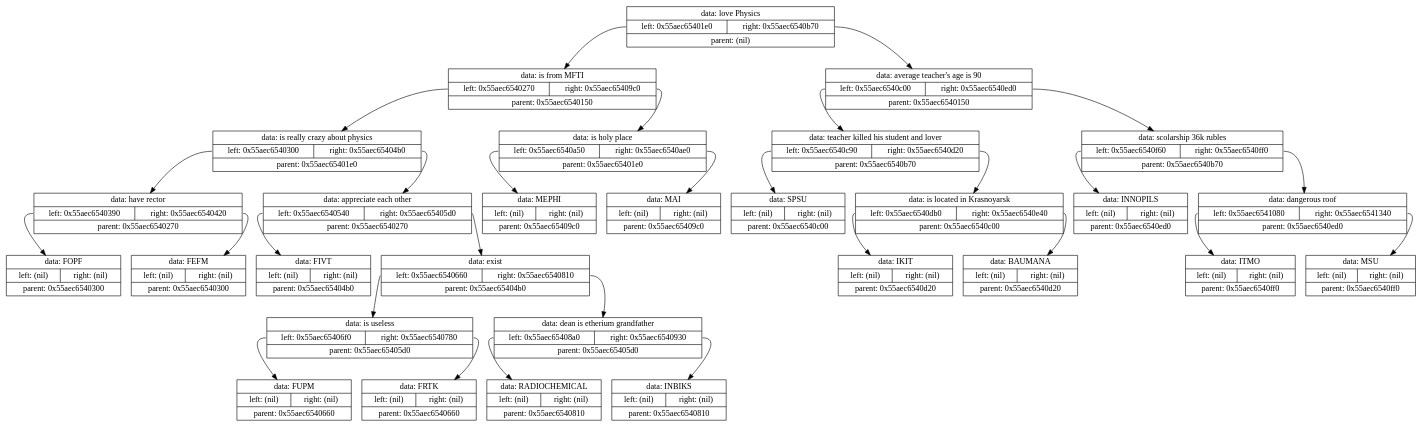
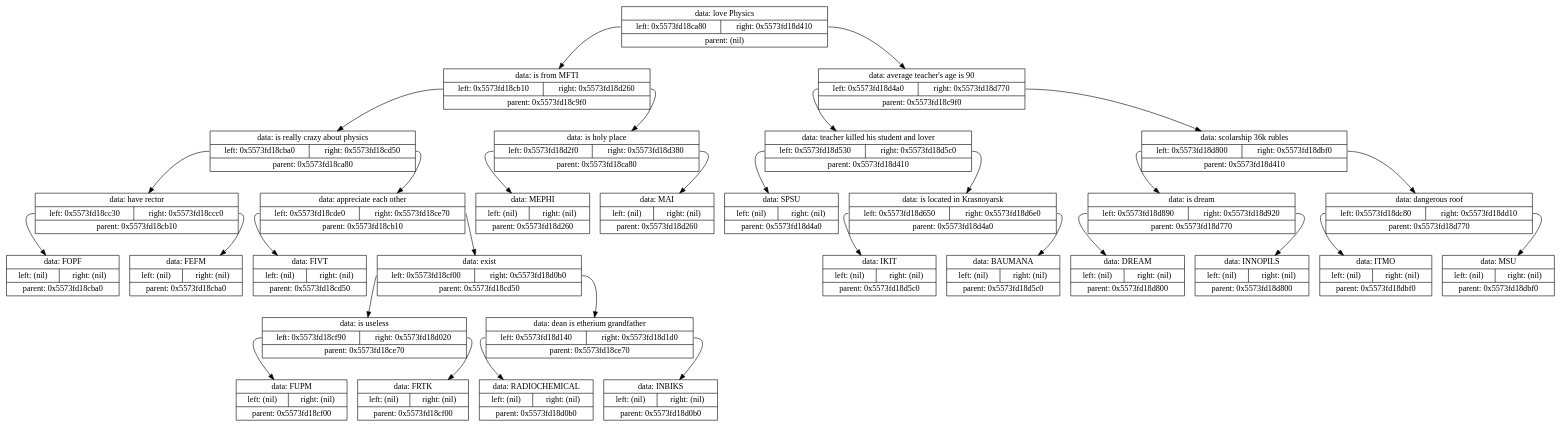
Before and after one commit to Shishqa/MIPT_1sem_C_lang: the diagram in Projects/7.Akinator/tmp/tempautogeneratedlog.gv, drawn with Graphviz. The commit also changed 13 other files, not shown here.

```diff
--- a/Projects/7.Akinator/tmp/tempautogeneratedlog.gv
+++ b/Projects/7.Akinator/tmp/tempautogeneratedlog.gv
@@ -1,61 +1,65 @@
 digraph dump
 {
-	node0x55aec6540150 [shape = "record", label = "{<f1>data: love Physics|{<f2>left: 0x55aec65401e0|<f3>right: 0x55aec6540b70}|<f4>parent: (nil)}"];
-	node0x55aec65401e0 [shape = "record", label = "{<f1>data: is from MFTI|{<f2>left: 0x55aec6540270|<f3>right: 0x55aec65409c0}|<f4>parent: 0x55aec6540150}"];
-	node0x55aec6540270 [shape = "record", label = "{<f1>data: is really crazy about physics|{<f2>left: 0x55aec6540300|<f3>right: 0x55aec65404b0}|<f4>parent: 0x55aec65401e0}"];
-	node0x55aec6540300 [shape = "record", label = "{<f1>data: have rector|{<f2>left: 0x55aec6540390|<f3>right: 0x55aec6540420}|<f4>parent: 0x55aec6540270}"];
-	node0x55aec6540390 [shape = "record", label = "{<f1>data: FOPF|{<f2>left: (nil)|<f3>right: (nil)}|<f4>parent: 0x55aec6540300}"];
-	node0x55aec6540300:f2 -> node0x55aec6540390
-	node0x55aec6540420 [shape = "record", label = "{<f1>data: FEFM|{<f2>left: (nil)|<f3>right: (nil)}|<f4>parent: 0x55aec6540300}"];
-	node0x55aec6540300:f3 -> node0x55aec6540420
-	node0x55aec6540270:f2 -> node0x55aec6540300
-	node0x55aec65404b0 [shape = "record", label = "{<f1>data: appreciate each other|{<f2>left: 0x55aec6540540|<f3>right: 0x55aec65405d0}|<f4>parent: 0x55aec6540270}"];
-	node0x55aec6540540 [shape = "record", label = "{<f1>data: FIVT|{<f2>left: (nil)|<f3>right: (nil)}|<f4>parent: 0x55aec65404b0}"];
-	node0x55aec65404b0:f2 -> node0x55aec6540540
-	node0x55aec65405d0 [shape = "record", label = "{<f1>data: exist|{<f2>left: 0x55aec6540660|<f3>right: 0x55aec6540810}|<f4>parent: 0x55aec65404b0}"];
-	node0x55aec6540660 [shape = "record", label = "{<f1>data: is useless|{<f2>left: 0x55aec65406f0|<f3>right: 0x55aec6540780}|<f4>parent: 0x55aec65405d0}"];
-	node0x55aec65406f0 [shape = "record", label = "{<f1>data: FUPM|{<f2>left: (nil)|<f3>right: (nil)}|<f4>parent: 0x55aec6540660}"];
-	node0x55aec6540660:f2 -> node0x55aec65406f0
-	node0x55aec6540780 [shape = "record", label = "{<f1>data: FRTK|{<f2>left: (nil)|<f3>right: (nil)}|<f4>parent: 0x55aec6540660}"];
-	node0x55aec6540660:f3 -> node0x55aec6540780
-	node0x55aec65405d0:f2 -> node0x55aec6540660
-	node0x55aec6540810 [shape = "record", label = "{<f1>data: dean is etherium grandfather|{<f2>left: 0x55aec65408a0|<f3>right: 0x55aec6540930}|<f4>parent: 0x55aec65405d0}"];
-	node0x55aec65408a0 [shape = "record", label = "{<f1>data: RADIOCHEMICAL|{<f2>left: (nil)|<f3>right: (nil)}|<f4>parent: 0x55aec6540810}"];
-	node0x55aec6540810:f2 -> node0x55aec65408a0
-	node0x55aec6540930 [shape = "record", label = "{<f1>data: INBIKS|{<f2>left: (nil)|<f3>right: (nil)}|<f4>parent: 0x55aec6540810}"];
-	node0x55aec6540810:f3 -> node0x55aec6540930
-	node0x55aec65405d0:f3 -> node0x55aec6540810
-	node0x55aec65404b0:f3 -> node0x55aec65405d0
-	node0x55aec6540270:f3 -> node0x55aec65404b0
-	node0x55aec65401e0:f2 -> node0x55aec6540270
-	node0x55aec65409c0 [shape = "record", label = "{<f1>data: is holy place|{<f2>left: 0x55aec6540a50|<f3>right: 0x55aec6540ae0}|<f4>parent: 0x55aec65401e0}"];
-	node0x55aec6540a50 [shape = "record", label = "{<f1>data: MEPHI|{<f2>left: (nil)|<f3>right: (nil)}|<f4>parent: 0x55aec65409c0}"];
-	node0x55aec65409c0:f2 -> node0x55aec6540a50
-	node0x55aec6540ae0 [shape = "record", label = "{<f1>data: MAI|{<f2>left: (nil)|<f3>right: (nil)}|<f4>parent: 0x55aec65409c0}"];
-	node0x55aec65409c0:f3 -> node0x55aec6540ae0
-	node0x55aec65401e0:f3 -> node0x55aec65409c0
-	node0x55aec6540150:f2 -> node0x55aec65401e0
-	node0x55aec6540b70 [shape = "record", label = "{<f1>data: average teacher's age is 90|{<f2>left: 0x55aec6540c00|<f3>right: 0x55aec6540ed0}|<f4>parent: 0x55aec6540150}"];
-	node0x55aec6540c00 [shape = "record", label = "{<f1>data: teacher killed his student and lover|{<f2>left: 0x55aec6540c90|<f3>right: 0x55aec6540d20}|<f4>parent: 0x55aec6540b70}"];
-	node0x55aec6540c90 [shape = "record", label = "{<f1>data: SPSU|{<f2>left: (nil)|<f3>right: (nil)}|<f4>parent: 0x55aec6540c00}"];
-	node0x55aec6540c00:f2 -> node0x55aec6540c90
-	node0x55aec6540d20 [shape = "record", label = "{<f1>data: is located in Krasnoyarsk|{<f2>left: 0x55aec6540db0|<f3>right: 0x55aec6540e40}|<f4>parent: 0x55aec6540c00}"];
-	node0x55aec6540db0 [shape = "record", label = "{<f1>data: IKIT|{<f2>left: (nil)|<f3>right: (nil)}|<f4>parent: 0x55aec6540d20}"];
-	node0x55aec6540d20:f2 -> node0x55aec6540db0
-	node0x55aec6540e40 [shape = "record", label = "{<f1>data: BAUMANA|{<f2>left: (nil)|<f3>right: (nil)}|<f4>parent: 0x55aec6540d20}"];
-	node0x55aec6540d20:f3 -> node0x55aec6540e40
-	node0x55aec6540c00:f3 -> node0x55aec6540d20
-	node0x55aec6540b70:f2 -> node0x55aec6540c00
-	node0x55aec6540ed0 [shape = "record", label = "{<f1>data: scolarship 36k rubles|{<f2>left: 0x55aec6540f60|<f3>right: 0x55aec6540ff0}|<f4>parent: 0x55aec6540b70}"];
-	node0x55aec6540f60 [shape = "record", label = "{<f1>data: INNOPILS|{<f2>left: (nil)|<f3>right: (nil)}|<f4>parent: 0x55aec6540ed0}"];
-	node0x55aec6540ed0:f2 -> node0x55aec6540f60
-	node0x55aec6540ff0 [shape = "record", label = "{<f1>data: dangerous roof|{<f2>left: 0x55aec6541080|<f3>right: 0x55aec6541340}|<f4>parent: 0x55aec6540ed0}"];
-	node0x55aec6541080 [shape = "record", label = "{<f1>data: ITMO|{<f2>left: (nil)|<f3>right: (nil)}|<f4>parent: 0x55aec6540ff0}"];
-	node0x55aec6540ff0:f2 -> node0x55aec6541080
-	node0x55aec6541340 [shape = "record", label = "{<f1>data: MSU|{<f2>left: (nil)|<f3>right: (nil)}|<f4>parent: 0x55aec6540ff0}"];
-	node0x55aec6540ff0:f3 -> node0x55aec6541340
-	node0x55aec6540ed0:f3 -> node0x55aec6540ff0
-	node0x55aec6540b70:f3 -> node0x55aec6540ed0
-	node0x55aec6540150:f3 -> node0x55aec6540b70
+	node0x5573fd18c9f0 [shape = "record", label = "{<f1>data: love Physics|{<f2>left: 0x5573fd18ca80|<f3>right: 0x5573fd18d410}|<f4>parent: (nil)}"];
+	node0x5573fd18ca80 [shape = "record", label = "{<f1>data: is from MFTI|{<f2>left: 0x5573fd18cb10|<f3>right: 0x5573fd18d260}|<f4>parent: 0x5573fd18c9f0}"];
+	node0x5573fd18cb10 [shape = "record", label = "{<f1>data: is really crazy about physics|{<f2>left: 0x5573fd18cba0|<f3>right: 0x5573fd18cd50}|<f4>parent: 0x5573fd18ca80}"];
+	node0x5573fd18cba0 [shape = "record", label = "{<f1>data: have rector|{<f2>left: 0x5573fd18cc30|<f3>right: 0x5573fd18ccc0}|<f4>parent: 0x5573fd18cb10}"];
+	node0x5573fd18cc30 [shape = "record", label = "{<f1>data: FOPF|{<f2>left: (nil)|<f3>right: (nil)}|<f4>parent: 0x5573fd18cba0}"];
+	node0x5573fd18cba0:f2 -> node0x5573fd18cc30
+	node0x5573fd18ccc0 [shape = "record", label = "{<f1>data: FEFM|{<f2>left: (nil)|<f3>right: (nil)}|<f4>parent: 0x5573fd18cba0}"];
+	node0x5573fd18cba0:f3 -> node0x5573fd18ccc0
+	node0x5573fd18cb10:f2 -> node0x5573fd18cba0
+	node0x5573fd18cd50 [shape = "record", label = "{<f1>data: appreciate each other|{<f2>left: 0x5573fd18cde0|<f3>right: 0x5573fd18ce70}|<f4>parent: 0x5573fd18cb10}"];
+	node0x5573fd18cde0 [shape = "record", label = "{<f1>data: FIVT|{<f2>left: (nil)|<f3>right: (nil)}|<f4>parent: 0x5573fd18cd50}"];
+	node0x5573fd18cd50:f2 -> node0x5573fd18cde0
+	node0x5573fd18ce70 [shape = "record", label = "{<f1>data: exist|{<f2>left: 0x5573fd18cf00|<f3>right: 0x5573fd18d0b0}|<f4>parent: 0x5573fd18cd50}"];
+	node0x5573fd18cf00 [shape = "record", label = "{<f1>data: is useless|{<f2>left: 0x5573fd18cf90|<f3>right: 0x5573fd18d020}|<f4>parent: 0x5573fd18ce70}"];
+	node0x5573fd18cf90 [shape = "record", label = "{<f1>data: FUPM|{<f2>left: (nil)|<f3>right: (nil)}|<f4>parent: 0x5573fd18cf00}"];
+	node0x5573fd18cf00:f2 -> node0x5573fd18cf90
+	node0x5573fd18d020 [shape = "record", label = "{<f1>data: FRTK|{<f2>left: (nil)|<f3>right: (nil)}|<f4>parent: 0x5573fd18cf00}"];
+	node0x5573fd18cf00:f3 -> node0x5573fd18d020
+	node0x5573fd18ce70:f2 -> node0x5573fd18cf00
+	node0x5573fd18d0b0 [shape = "record", label = "{<f1>data: dean is etherium grandfather|{<f2>left: 0x5573fd18d140|<f3>right: 0x5573fd18d1d0}|<f4>parent: 0x5573fd18ce70}"];
+	node0x5573fd18d140 [shape = "record", label = "{<f1>data: RADIOCHEMICAL|{<f2>left: (nil)|<f3>right: (nil)}|<f4>parent: 0x5573fd18d0b0}"];
+	node0x5573fd18d0b0:f2 -> node0x5573fd18d140
+	node0x5573fd18d1d0 [shape = "record", label = "{<f1>data: INBIKS|{<f2>left: (nil)|<f3>right: (nil)}|<f4>parent: 0x5573fd18d0b0}"];
+	node0x5573fd18d0b0:f3 -> node0x5573fd18d1d0
+	node0x5573fd18ce70:f3 -> node0x5573fd18d0b0
+	node0x5573fd18cd50:f3 -> node0x5573fd18ce70
+	node0x5573fd18cb10:f3 -> node0x5573fd18cd50
+	node0x5573fd18ca80:f2 -> node0x5573fd18cb10
+	node0x5573fd18d260 [shape = "record", label = "{<f1>data: is holy place|{<f2>left: 0x5573fd18d2f0|<f3>right: 0x5573fd18d380}|<f4>parent: 0x5573fd18ca80}"];
+	node0x5573fd18d2f0 [shape = "record", label = "{<f1>data: MEPHI|{<f2>left: (nil)|<f3>right: (nil)}|<f4>parent: 0x5573fd18d260}"];
+	node0x5573fd18d260:f2 -> node0x5573fd18d2f0
+	node0x5573fd18d380 [shape = "record", label = "{<f1>data: MAI|{<f2>left: (nil)|<f3>right: (nil)}|<f4>parent: 0x5573fd18d260}"];
+	node0x5573fd18d260:f3 -> node0x5573fd18d380
+	node0x5573fd18ca80:f3 -> node0x5573fd18d260
+	node0x5573fd18c9f0:f2 -> node0x5573fd18ca80
+	node0x5573fd18d410 [shape = "record", label = "{<f1>data: average teacher's age is 90|{<f2>left: 0x5573fd18d4a0|<f3>right: 0x5573fd18d770}|<f4>parent: 0x5573fd18c9f0}"];
+	node0x5573fd18d4a0 [shape = "record", label = "{<f1>data: teacher killed his student and lover|{<f2>left: 0x5573fd18d530|<f3>right: 0x5573fd18d5c0}|<f4>parent: 0x5573fd18d410}"];
+	node0x5573fd18d530 [shape = "record", label = "{<f1>data: SPSU|{<f2>left: (nil)|<f3>right: (nil)}|<f4>parent: 0x5573fd18d4a0}"];
+	node0x5573fd18d4a0:f2 -> node0x5573fd18d530
+	node0x5573fd18d5c0 [shape = "record", label = "{<f1>data: is located in Krasnoyarsk|{<f2>left: 0x5573fd18d650|<f3>right: 0x5573fd18d6e0}|<f4>parent: 0x5573fd18d4a0}"];
+	node0x5573fd18d650 [shape = "record", label = "{<f1>data: IKIT|{<f2>left: (nil)|<f3>right: (nil)}|<f4>parent: 0x5573fd18d5c0}"];
+	node0x5573fd18d5c0:f2 -> node0x5573fd18d650
+	node0x5573fd18d6e0 [shape = "record", label = "{<f1>data: BAUMANA|{<f2>left: (nil)|<f3>right: (nil)}|<f4>parent: 0x5573fd18d5c0}"];
+	node0x5573fd18d5c0:f3 -> node0x5573fd18d6e0
+	node0x5573fd18d4a0:f3 -> node0x5573fd18d5c0
+	node0x5573fd18d410:f2 -> node0x5573fd18d4a0
+	node0x5573fd18d770 [shape = "record", label = "{<f1>data: scolarship 36k rubles|{<f2>left: 0x5573fd18d800|<f3>right: 0x5573fd18dbf0}|<f4>parent: 0x5573fd18d410}"];
+	node0x5573fd18d800 [shape = "record", label = "{<f1>data: is dream|{<f2>left: 0x5573fd18d890|<f3>right: 0x5573fd18d920}|<f4>parent: 0x5573fd18d770}"];
+	node0x5573fd18d890 [shape = "record", label = "{<f1>data: DREAM|{<f2>left: (nil)|<f3>right: (nil)}|<f4>parent: 0x5573fd18d800}"];
+	node0x5573fd18d800:f2 -> node0x5573fd18d890
+	node0x5573fd18d920 [shape = "record", label = "{<f1>data: INNOPILS|{<f2>left: (nil)|<f3>right: (nil)}|<f4>parent: 0x5573fd18d800}"];
+	node0x5573fd18d800:f3 -> node0x5573fd18d920
+	node0x5573fd18d770:f2 -> node0x5573fd18d800
+	node0x5573fd18dbf0 [shape = "record", label = "{<f1>data: dangerous roof|{<f2>left: 0x5573fd18dc80|<f3>right: 0x5573fd18dd10}|<f4>parent: 0x5573fd18d770}"];
+	node0x5573fd18dc80 [shape = "record", label = "{<f1>data: ITMO|{<f2>left: (nil)|<f3>right: (nil)}|<f4>parent: 0x5573fd18dbf0}"];
+	node0x5573fd18dbf0:f2 -> node0x5573fd18dc80
+	node0x5573fd18dd10 [shape = "record", label = "{<f1>data: MSU|{<f2>left: (nil)|<f3>right: (nil)}|<f4>parent: 0x5573fd18dbf0}"];
+	node0x5573fd18dbf0:f3 -> node0x5573fd18dd10
+	node0x5573fd18d770:f3 -> node0x5573fd18dbf0
+	node0x5573fd18d410:f3 -> node0x5573fd18d770
+	node0x5573fd18c9f0:f3 -> node0x5573fd18d410
 
 }
```
